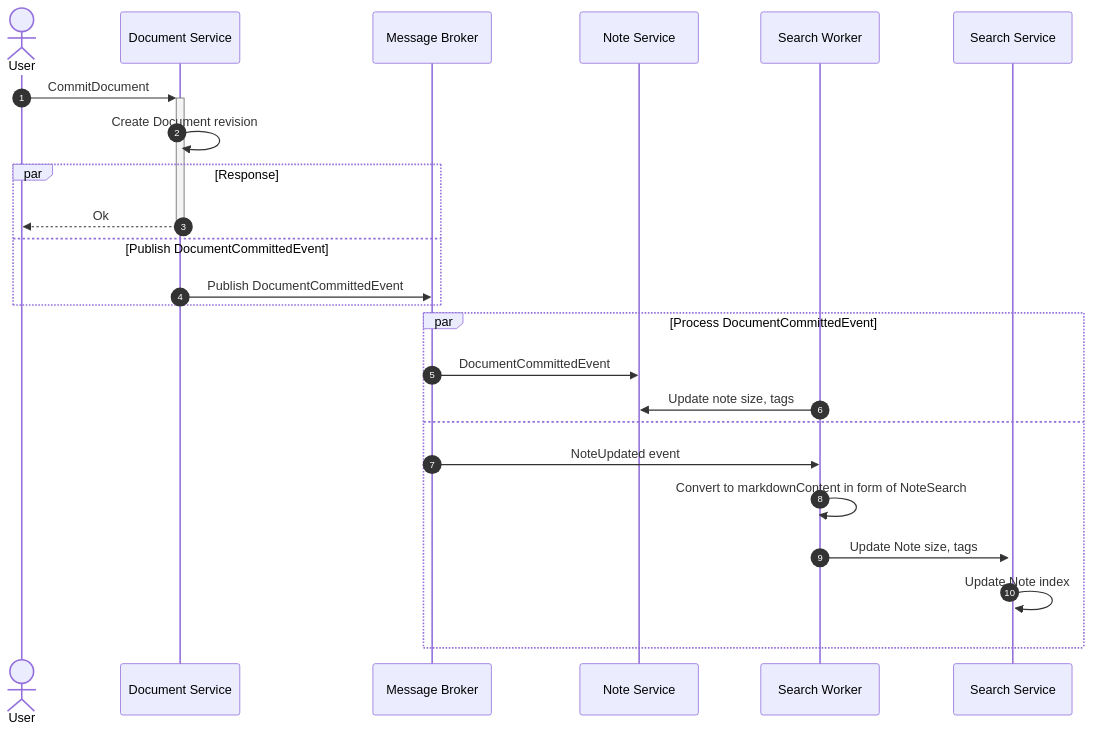
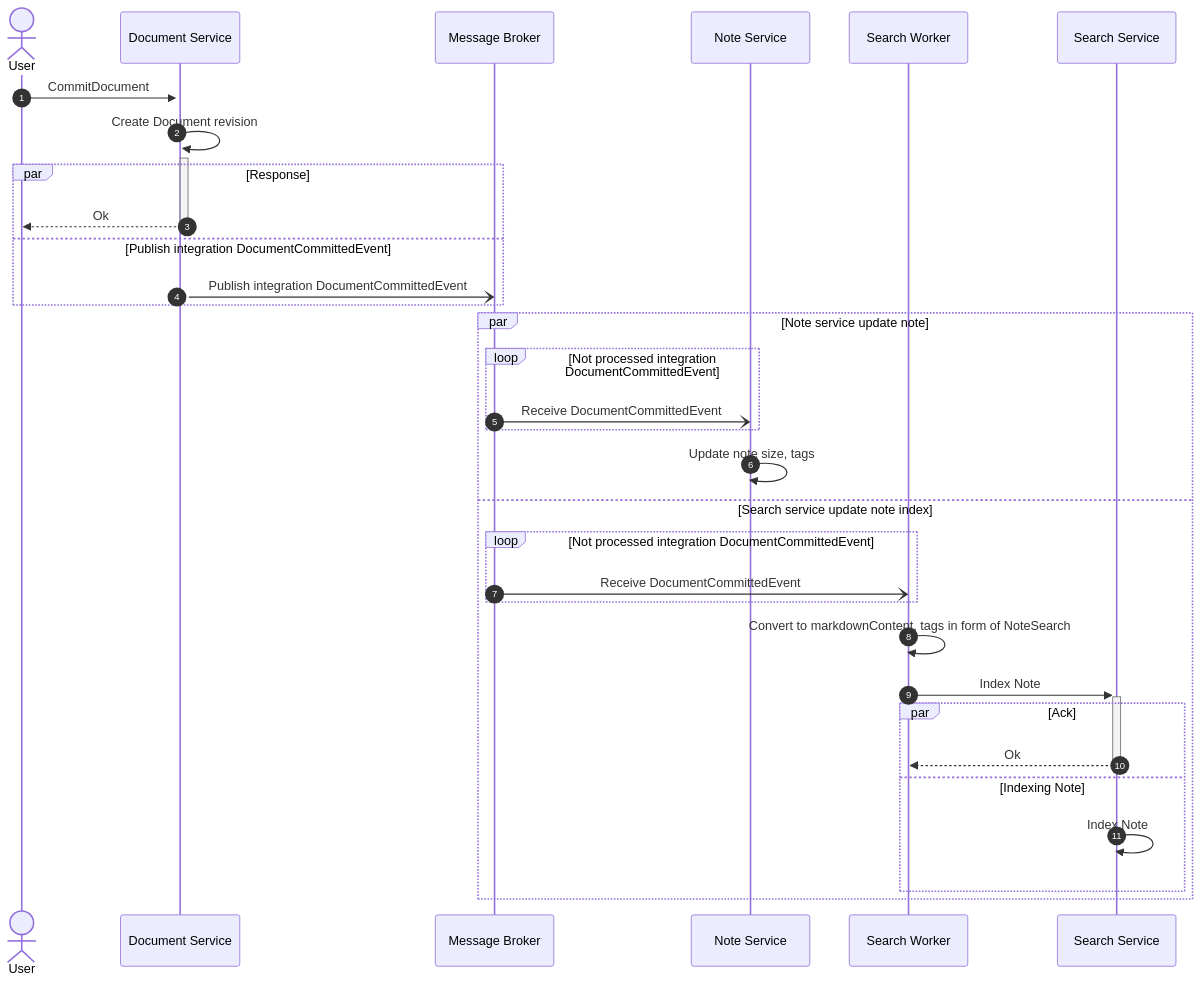
The third of 5 diagrams in docs/src/references/sequence/note.md (notopia-uit/notopia), drawn with Mermaid before and after one commit. The commit also changed other lines of this file and 3 other files, not shown here.

Commit message:
feat(docs): update diagrams

````diff
--- a/docs/src/references/sequence/note.md
+++ b/docs/src/references/sequence/note.md
@@ -83,28 +104,36 @@
 ```mermaid
 sequenceDiagram
     autonumber
 
     actor U as User
     participant DS as Document Service
     participant MB as Message Broker
     participant NS as Note Service
     participant SW as Search Worker
     participant SS as Search Service
 
     U->>+DS: CommitDocument
-    DS->>DS: Create Document revision
+    DS->>+DS: Create Document revision
     par Response
         DS-->>-U: Ok
-    and Publish DocumentCommittedEvent
-        DS->>MB: Publish DocumentCommittedEvent
+    and Publish integration DocumentCommittedEvent
+        DS-)MB: Publish integration DocumentCommittedEvent
     end
-    par Process DocumentCommittedEvent
-        MB->>NS: DocumentCommittedEvent
-        SW->>NS: Update note size, tags
-    and
-        MB->>SW: NoteUpdated event
-        SW->>SW: Convert to markdownContent in form of NoteSearch
-        SW->>+SS: Update Note size, tags
-        SS->>SS: Update Note index
+    par Note service update note
+        loop Not processed integration DocumentCommittedEvent
+            MB-)NS: Receive DocumentCommittedEvent
+        end
+        NS->>NS: Update note size, tags
+    and Search service update note index
+        loop Not processed integration DocumentCommittedEvent
+            MB-)SW: Receive DocumentCommittedEvent
+        end
+        SW->>SW: Convert to markdownContent, tags in form of NoteSearch
+        SW->>+SS: Index Note
+        par Ack
+            SS-->>-SW: Ok
+        and Indexing Note
+            SS->>+SS: Index Note
+        end
     end
 ```
````
